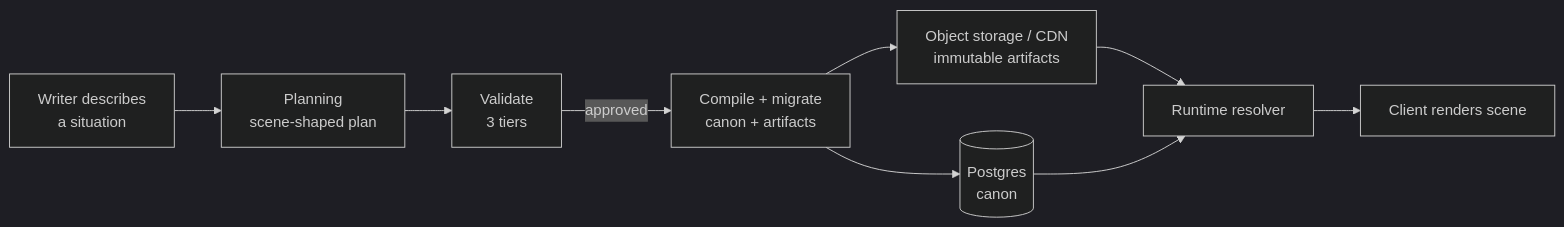
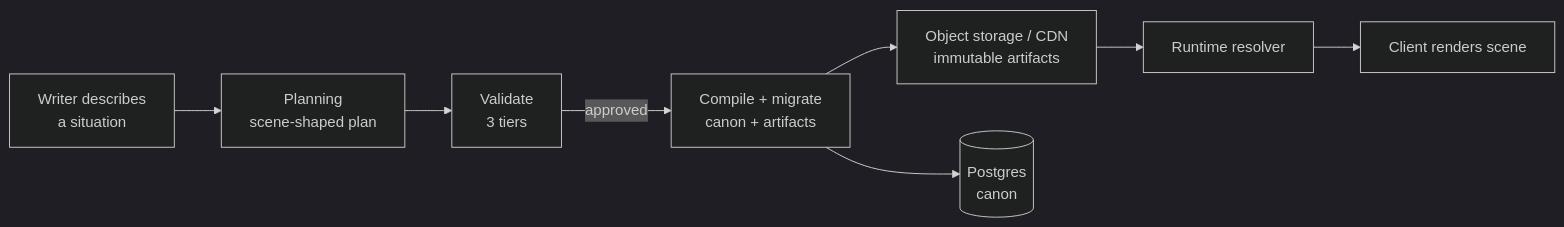
The first of 2 diagrams in docs/feat/scene-centric-backend/proposal.md (Israel-Laguan/las_flores_city), drawn with Mermaid (dark theme) before and after one commit. The commit also changed other lines of this file and 25 other files, not shown here.

````diff
--- a/docs/feat/scene-centric-backend/proposal.md
+++ b/docs/feat/scene-centric-backend/proposal.md
@@ -45,11 +45,10 @@
 ```mermaid
 flowchart LR
   W[Writer describes<br/>a situation] --> P[Planning<br/>scene-shaped plan]
   P --> V[Validate<br/>3 tiers]
   V -->|approved| C[Compile + migrate<br/>canon + artifacts]
   C --> S[Object storage / CDN<br/>immutable artifacts]
   C --> D[(Postgres<br/>canon)]
   S --> R[Runtime resolver]
-  D --> R
   R --> G[Client renders scene]
 ```
````
